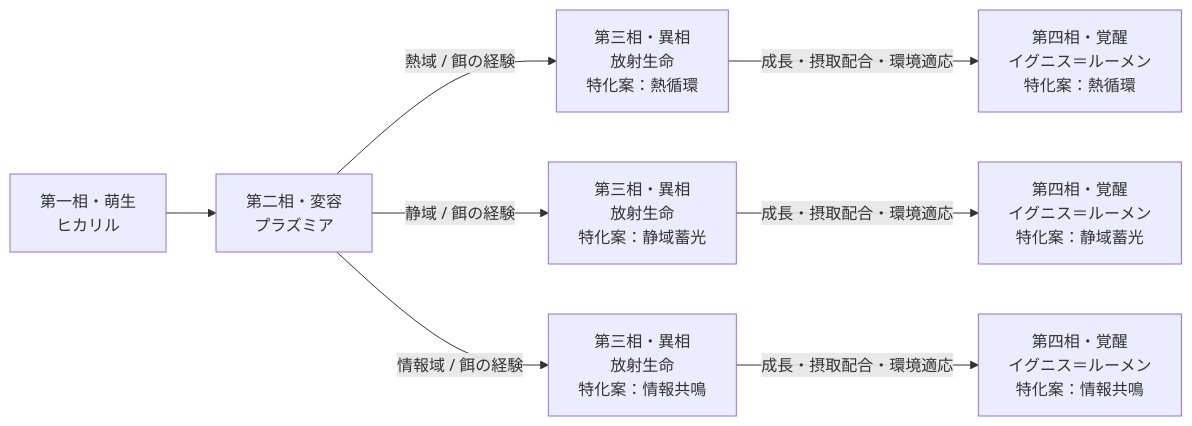
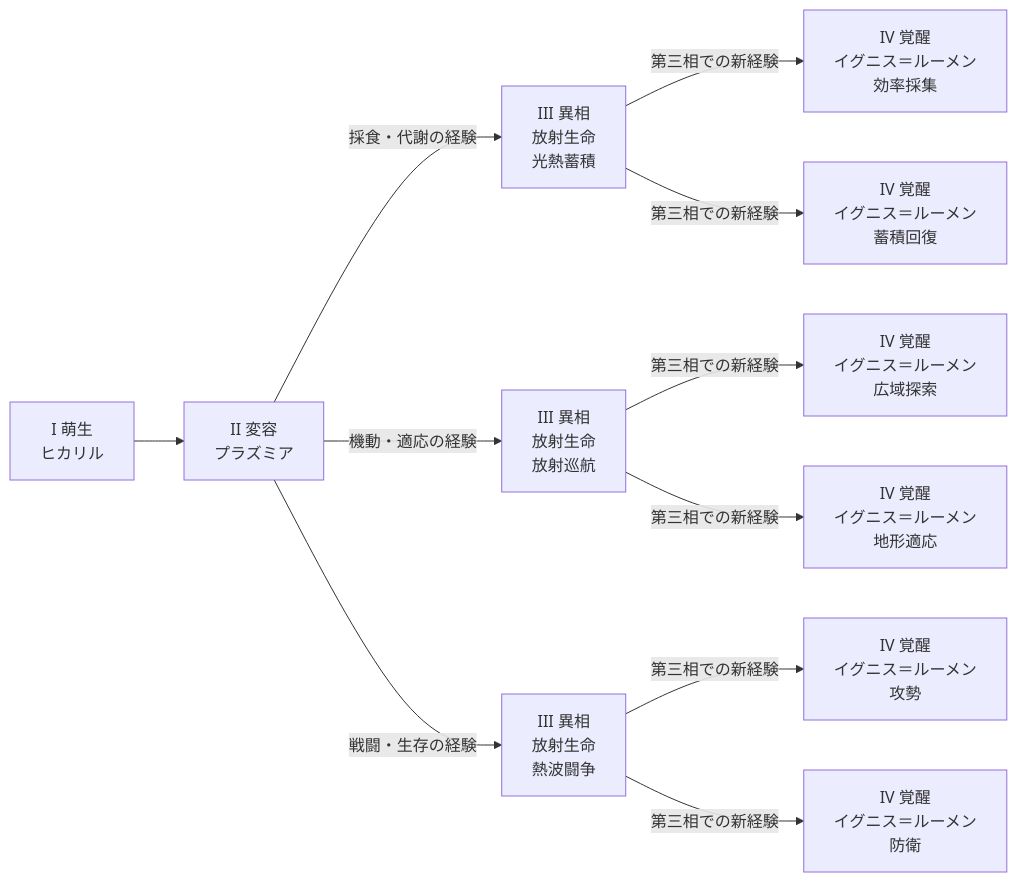
The diagram in lifegame-desktop/design/specification/evolution-trees/plasma.md (chifuru/VAL), drawn with Mermaid before and after one commit. The commit also changed other lines of this file and 56 other files, not shown here.

````diff
--- a/lifegame-desktop/design/specification/evolution-trees/plasma.md
+++ b/lifegame-desktop/design/specification/evolution-trees/plasma.md
@@ -21,10 +32,13 @@
 ```mermaid
 flowchart LR
-  p1["第一相・萌生<br/>ヒカリル"] --> p2["第二相・変容<br/>プラズミア"]
-  p2 -->|"熱域 / 餌の経験"| p3_1["第三相・異相<br/>放射生命<br/>特化案：熱循環"]
-  p3_1 -->|"成長・摂取配合・環境適応"| p4_1["第四相・覚醒<br/>イグニス＝ルーメン<br/>特化案：熱循環"]
-  p2 -->|"静域 / 餌の経験"| p3_2["第三相・異相<br/>放射生命<br/>特化案：静域蓄光"]
-  p3_2 -->|"成長・摂取配合・環境適応"| p4_2["第四相・覚醒<br/>イグニス＝ルーメン<br/>特化案：静域蓄光"]
-  p2 -->|"情報域 / 餌の経験"| p3_3["第三相・異相<br/>放射生命<br/>特化案：情報共鳴"]
-  p3_3 -->|"成長・摂取配合・環境適応"| p4_3["第四相・覚醒<br/>イグニス＝ルーメン<br/>特化案：情報共鳴"]
+ p1["I 萌生<br/>ヒカリル"] --> p2["II 変容<br/>プラズミア"]
+ p2 -->|"採食・代謝の経験"| p3_0["III 異相<br/>放射生命<br/>光熱蓄積"]
+ p3_0 -->|"第三相での新経験"| p4_0_0["IV 覚醒<br/>イグニス＝ルーメン<br/>効率採集"]
+ p3_0 -->|"第三相での新経験"| p4_0_1["IV 覚醒<br/>イグニス＝ルーメン<br/>蓄積回復"]
+ p2 -->|"機動・適応の経験"| p3_1["III 異相<br/>放射生命<br/>放射巡航"]
+ p3_1 -->|"第三相での新経験"| p4_1_0["IV 覚醒<br/>イグニス＝ルーメン<br/>広域探索"]
+ p3_1 -->|"第三相での新経験"| p4_1_1["IV 覚醒<br/>イグニス＝ルーメン<br/>地形適応"]
+ p2 -->|"戦闘・生存の経験"| p3_2["III 異相<br/>放射生命<br/>熱波闘争"]
+ p3_2 -->|"第三相での新経験"| p4_2_0["IV 覚醒<br/>イグニス＝ルーメン<br/>攻勢"]
+ p3_2 -->|"第三相での新経験"| p4_2_1["IV 覚醒<br/>イグニス＝ルーメン<br/>防衛"]
 ```
````
